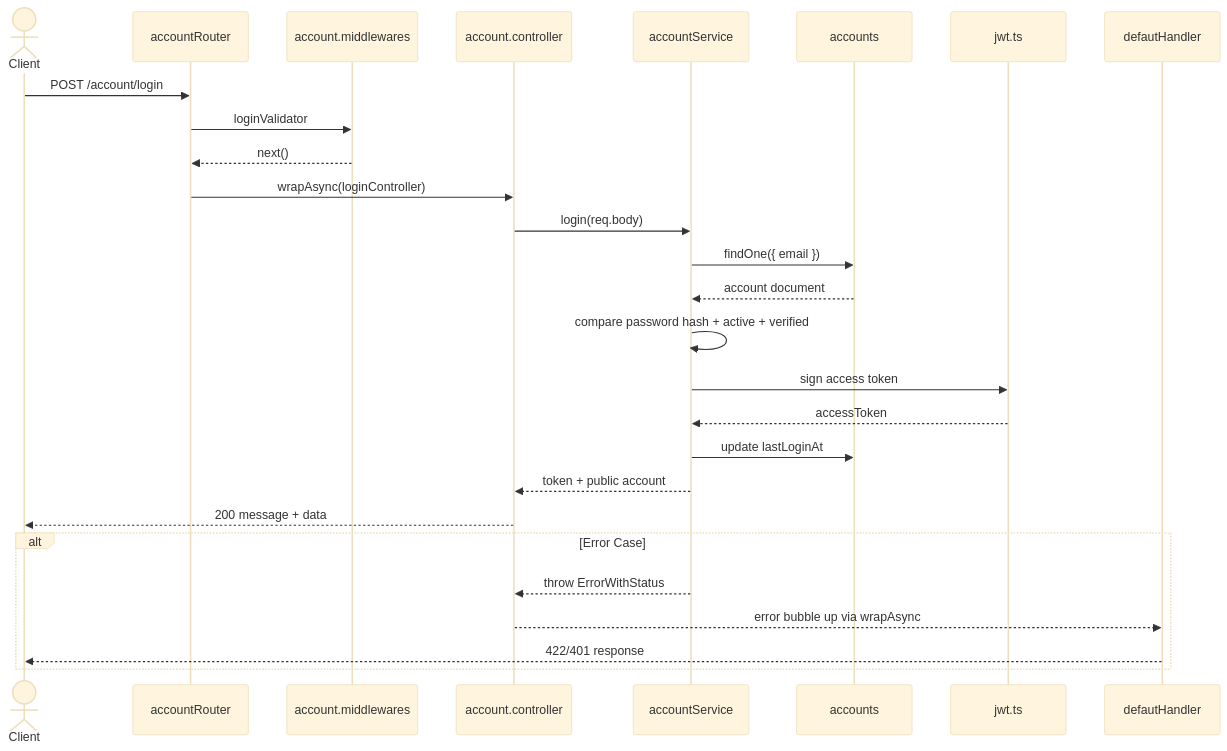
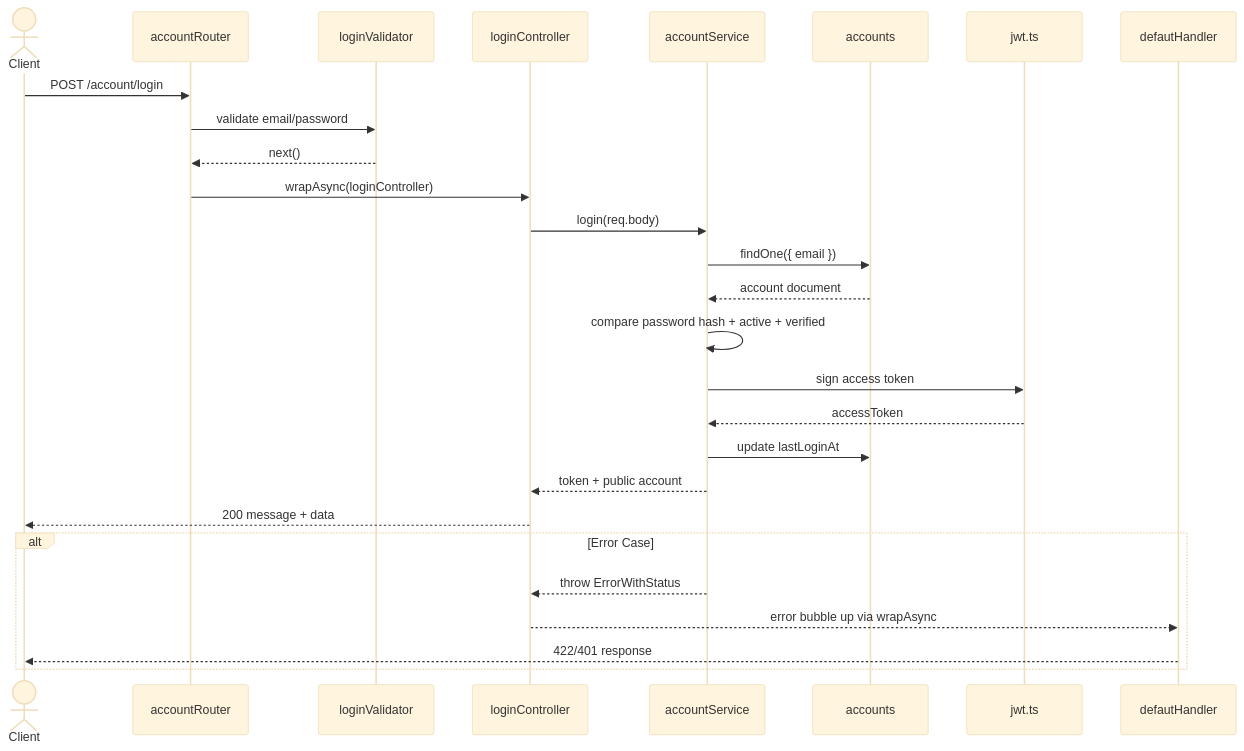
One commit to Hiamoutgame/AI-Study-Hub changed the second of 2 diagrams in docs/endpoint-flows/01-authentication.md. Above: the diagram before and after it, drawn with Mermaid (base theme). The commit also changed other lines of this file and 62 other files, not shown here.

````diff
--- a/docs/endpoint-flows/01-authentication.md
+++ b/docs/endpoint-flows/01-authentication.md
@@ -36,31 +98,31 @@
 ```mermaid
 sequenceDiagram
   actor Client
   participant Route as accountRouter
-  participant Validator as account.middlewares
-  participant Controller as account.controller
+  participant Validator as loginValidator
+  participant Controller as loginController
   participant Service as accountService
   participant Accounts as accounts
   participant JWT as jwt.ts
   participant ErrorHandler as defautHandler
 
   Client->>Route: POST /account/login
-  Route->>Validator: loginValidator
+  Route->>Validator: validate email/password
   Validator-->>Route: next()
   Route->>Controller: wrapAsync(loginController)
   Controller->>Service: login(req.body)
   Service->>Accounts: findOne({ email })
   Accounts-->>Service: account document
   Service->>Service: compare password hash + active + verified
   Service->>JWT: sign access token
   JWT-->>Service: accessToken
   Service->>Accounts: update lastLoginAt
   Service-->>Controller: token + public account
   Controller-->>Client: 200 message + data
 
   alt Error Case
     Service-->>Controller: throw ErrorWithStatus
     Controller-->>ErrorHandler: error bubble up via wrapAsync
     ErrorHandler-->>Client: 422/401 response
   end
 ```
````
